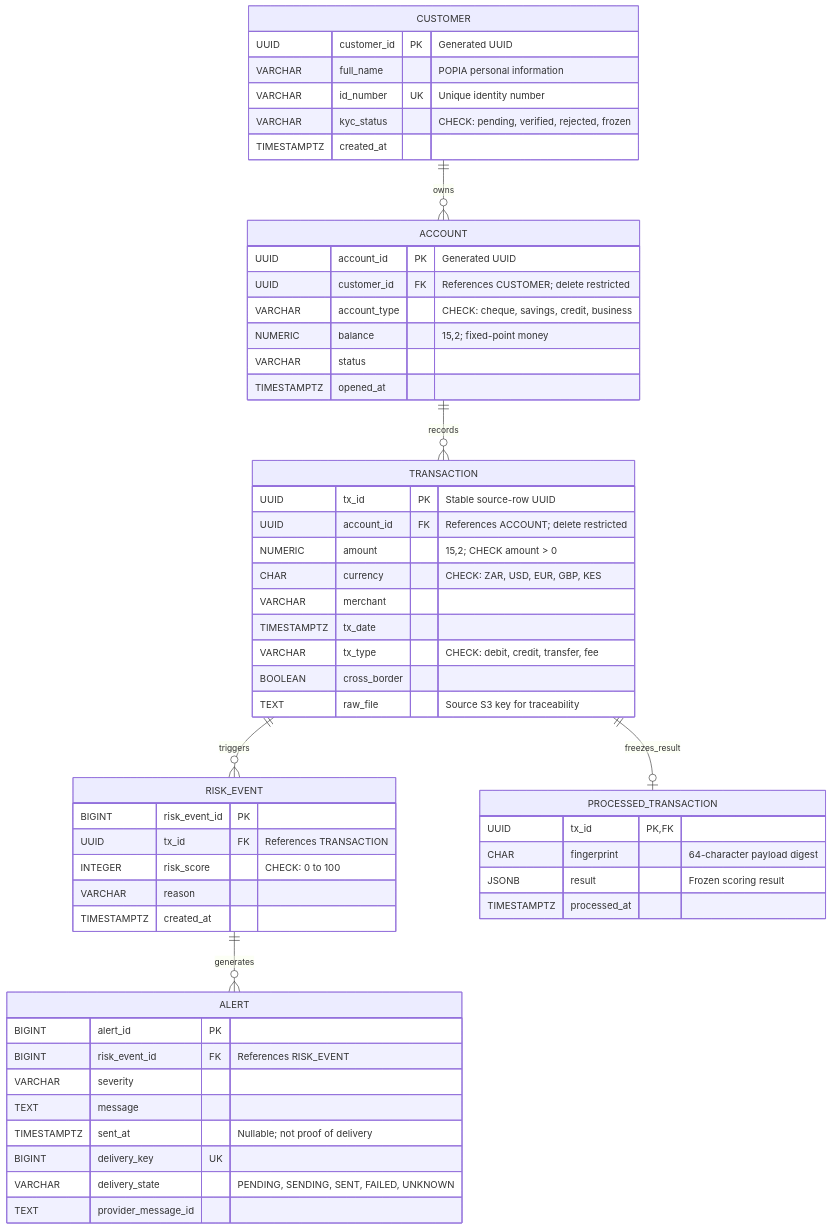
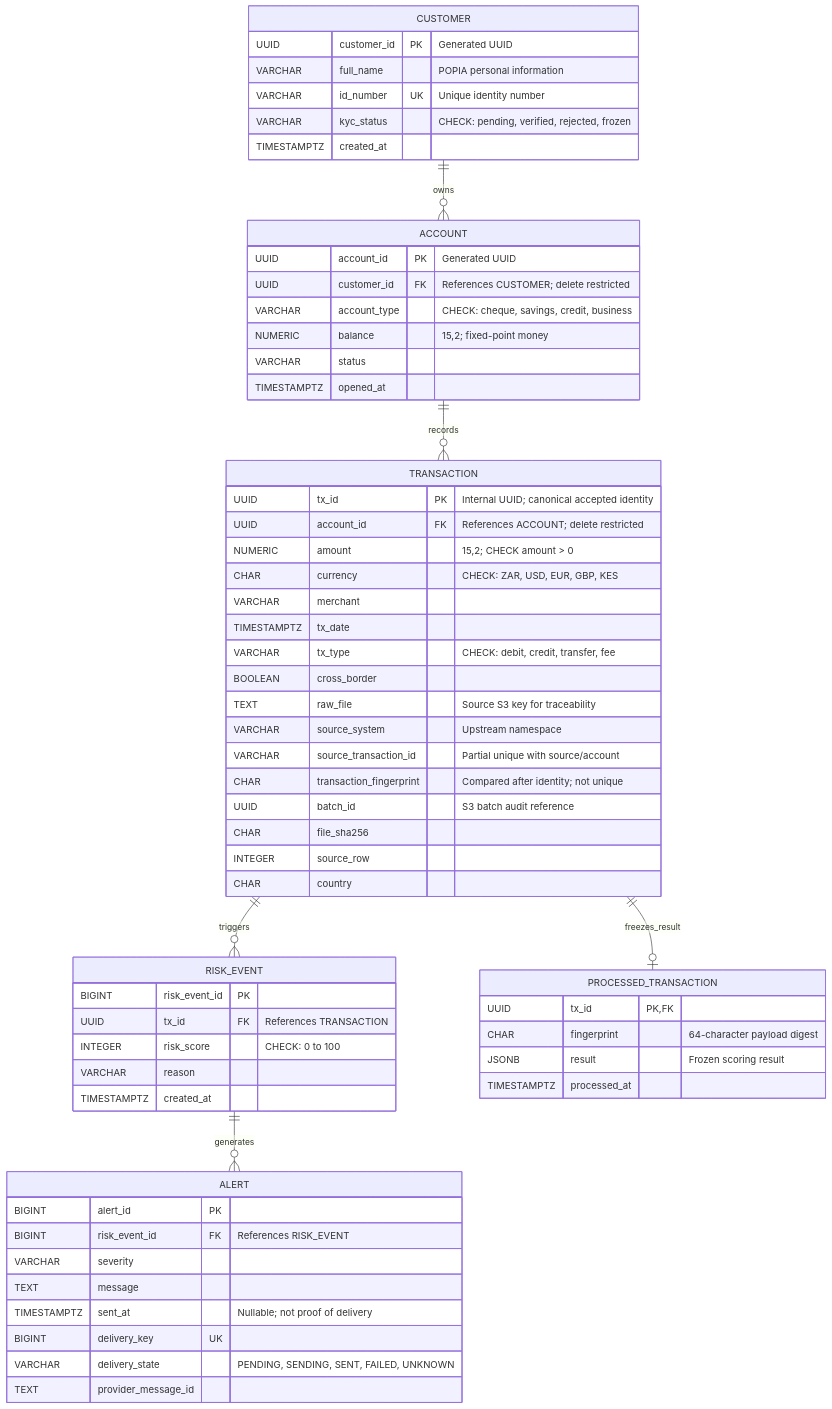
The diagram in docs/erd.md (Nompil/fintrust), drawn with Mermaid before and after one commit. The commit also changed other lines of this file and 5 other files, not shown here.

````diff
--- a/docs/erd.md
+++ b/docs/erd.md
@@ -7,62 +7,69 @@
 ```mermaid
 erDiagram
     CUSTOMER ||--o{ ACCOUNT : owns
     ACCOUNT ||--o{ TRANSACTION : records
     TRANSACTION ||--o{ RISK_EVENT : triggers
     TRANSACTION ||--o| PROCESSED_TRANSACTION : freezes_result
     RISK_EVENT ||--o{ ALERT : generates
 
     CUSTOMER {
         UUID customer_id PK "Generated UUID"
         VARCHAR full_name "POPIA personal information"
         VARCHAR id_number UK "Unique identity number"
         VARCHAR kyc_status "CHECK: pending, verified, rejected, frozen"
         TIMESTAMPTZ created_at
     }
 
     ACCOUNT {
         UUID account_id PK "Generated UUID"
         UUID customer_id FK "References CUSTOMER; delete restricted"
         VARCHAR account_type "CHECK: cheque, savings, credit, business"
         NUMERIC balance "15,2; fixed-point money"
         VARCHAR status
         TIMESTAMPTZ opened_at
     }
 
     TRANSACTION {
-        UUID tx_id PK "Stable source-row UUID"
+        UUID tx_id PK "Internal UUID; canonical accepted identity"
         UUID account_id FK "References ACCOUNT; delete restricted"
         NUMERIC amount "15,2; CHECK amount > 0"
         CHAR currency "CHECK: ZAR, USD, EUR, GBP, KES"
         VARCHAR merchant
         TIMESTAMPTZ tx_date
         VARCHAR tx_type "CHECK: debit, credit, transfer, fee"
         BOOLEAN cross_border
         TEXT raw_file "Source S3 key for traceability"
+        VARCHAR source_system "Upstream namespace"
+        VARCHAR source_transaction_id "Partial unique with source/account"
+        CHAR transaction_fingerprint "Compared after identity; not unique"
+        UUID batch_id "S3 batch audit reference"
+        CHAR file_sha256
+        INTEGER source_row
+        CHAR country
     }
 
     RISK_EVENT {
         BIGINT risk_event_id PK
         UUID tx_id FK "References TRANSACTION"
         INTEGER risk_score "CHECK: 0 to 100"
         VARCHAR reason
         TIMESTAMPTZ created_at
     }
 
     ALERT {
         BIGINT alert_id PK
         BIGINT risk_event_id FK "References RISK_EVENT"
         VARCHAR severity
         TEXT message
         TIMESTAMPTZ sent_at "Nullable; not proof of delivery"
         BIGINT delivery_key UK
         VARCHAR delivery_state "PENDING, SENDING, SENT, FAILED, UNKNOWN"
         TEXT provider_message_id
     }
     PROCESSED_TRANSACTION {
         UUID tx_id PK,FK
         CHAR fingerprint "64-character payload digest"
         JSONB result "Frozen scoring result"
         TIMESTAMPTZ processed_at
     }
 ```
````
